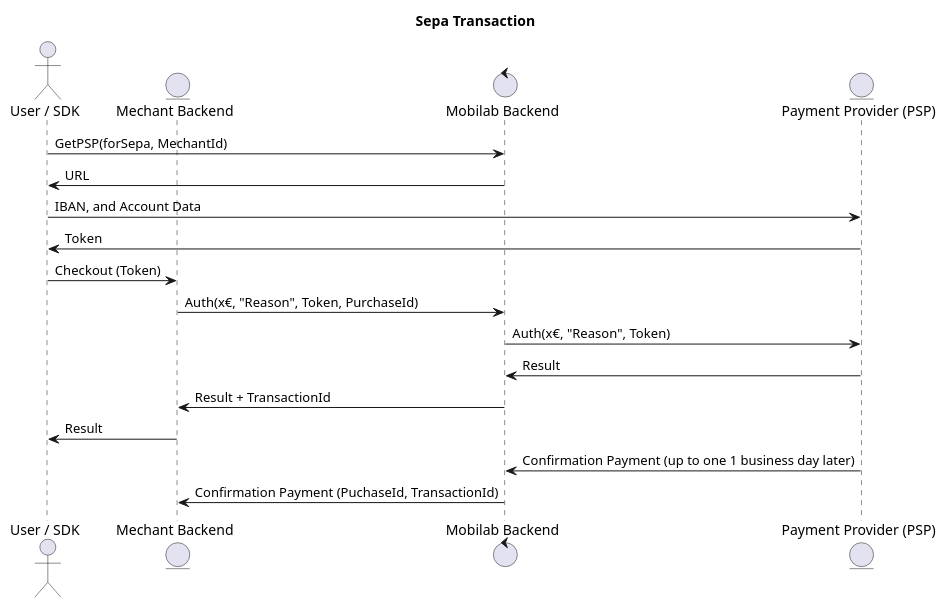
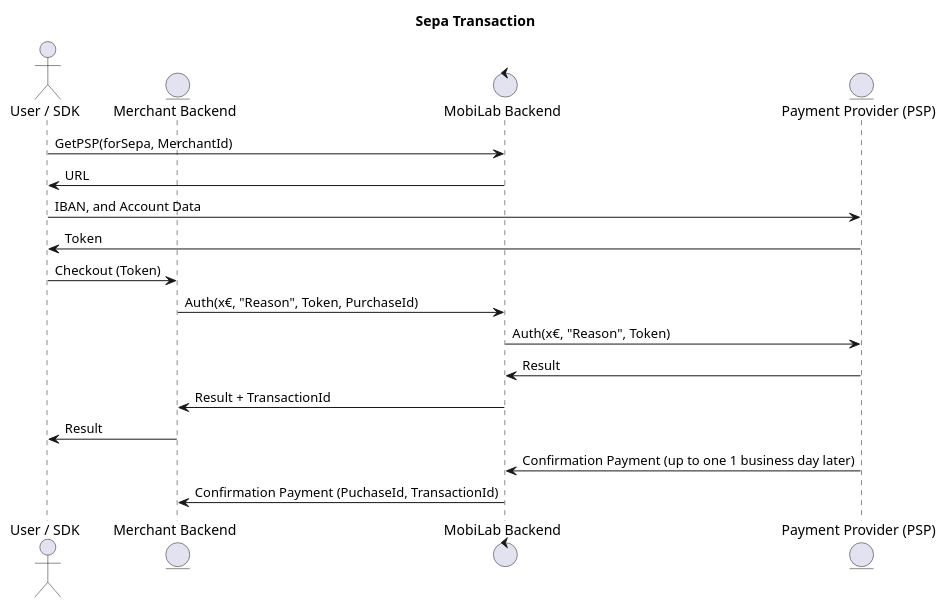
The diagram in diagrams/sepa_transaction.wsd (mobilabsolutions/stash-sdk-wiki), drawn with PlantUML before and after one commit. The commit also changed 13 other files, not shown here.

```diff
--- a/diagrams/sepa_transaction.wsd
+++ b/diagrams/sepa_transaction.wsd
@@ -1,26 +1,26 @@
 @startuml
 
 title "Sepa Transaction"
 
 actor "User / SDK" as User
-entity "Mechant Backend" as MEC
-control "Mobilab Backend" as MBE
+entity "Merchant Backend" as MEC
+control "MobiLab Backend" as MBE
 entity "Payment Provider (PSP)" as PSP
 
-User -> MBE: GetPSP(forSepa, MechantId)
+User -> MBE: GetPSP(forSepa, MerchantId)
 MBE -> User: URL
 
 User -> PSP: IBAN, and Account Data
 PSP -> User: Token
 
 User -> MEC: Checkout (Token)
 MEC -> MBE: Auth(x€, "Reason", Token, PurchaseId)
 MBE -> PSP: Auth(x€, "Reason", Token)
 PSP -> MBE: Result
 MBE -> MEC: Result + TransactionId
 MEC -> User: Result
 
 PSP -> MBE: Confirmation Payment (up to one 1 business day later)
 MBE -> MEC: Confirmation Payment (PuchaseId, TransactionId)
 
 @enduml
```
